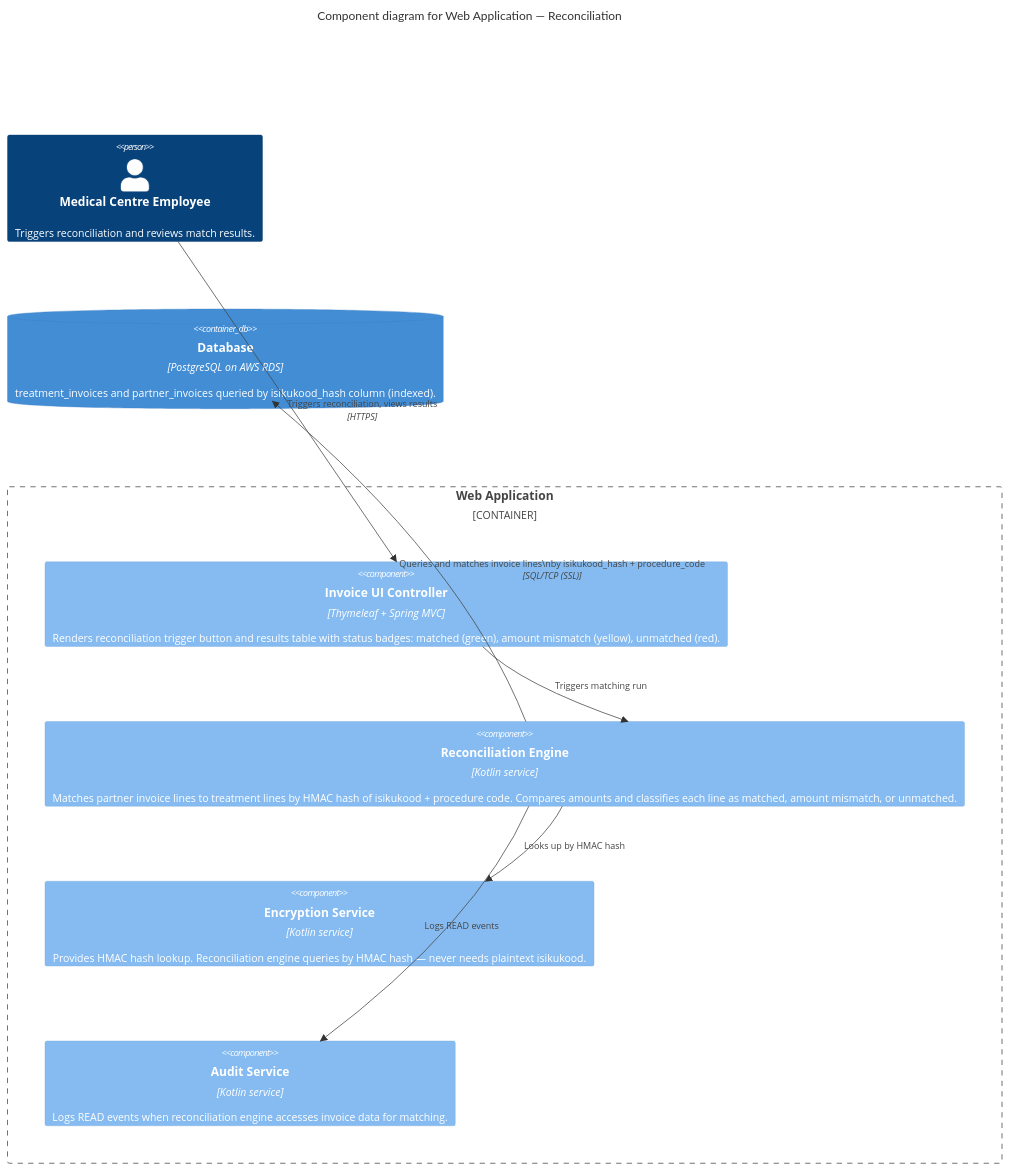
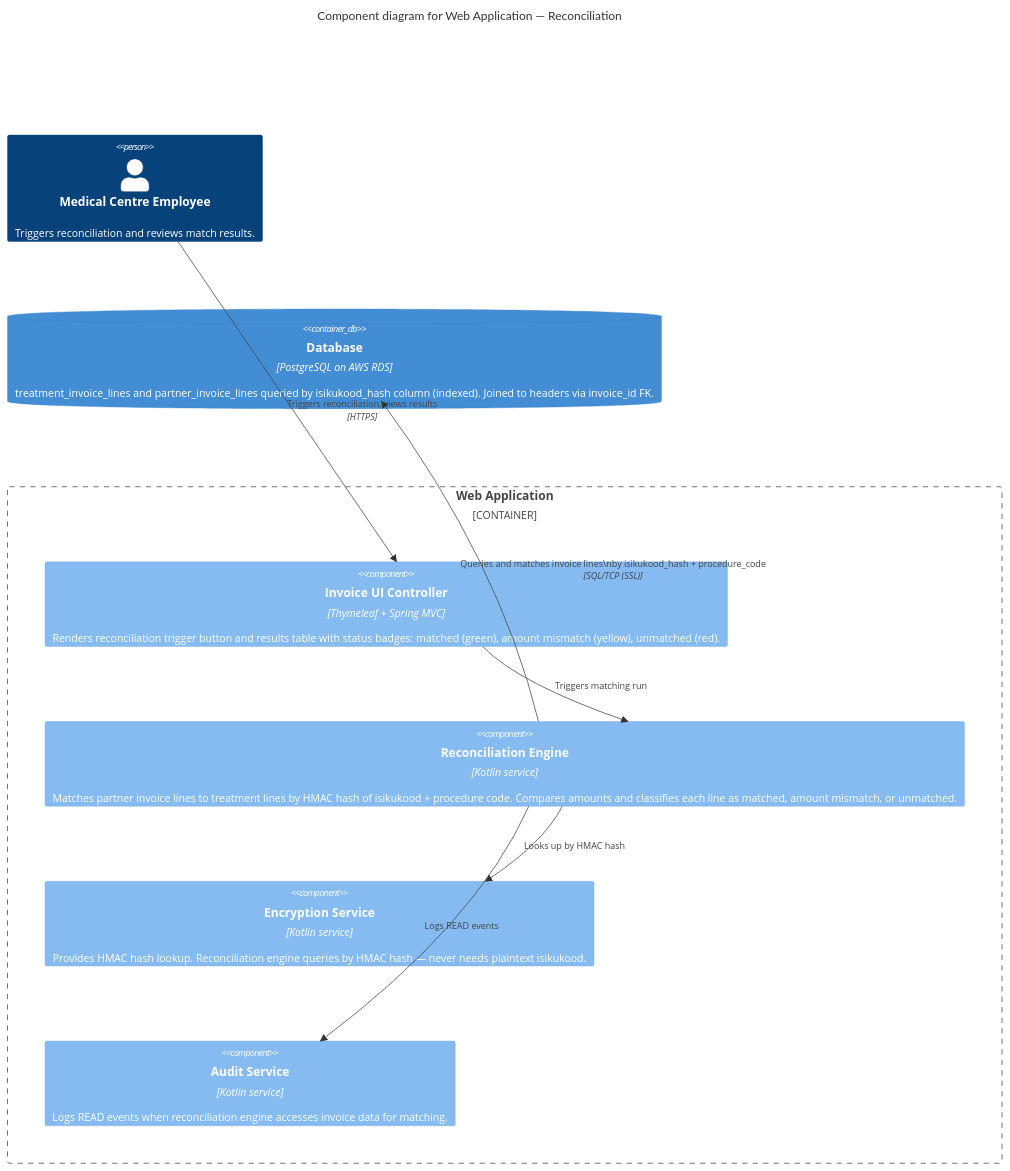
Before and after one commit to JoosepLem/CLAiM: the diagram in proof_of_concept/docs/architecture/diagrams/components/spring-boot-app/reconciliation.md, drawn with Mermaid. The commit also changed 5 other files, not shown here.

Commit message:
Add treatment_invoice_lines and partner_invoice_lines tables for reconciliation engine

````diff
--- a/proof_of_concept/docs/architecture/diagrams/components/spring-boot-app/reconciliation.md
+++ b/proof_of_concept/docs/architecture/diagrams/components/spring-boot-app/reconciliation.md
@@ -1,25 +1,25 @@
 ```mermaid
 %%{init: {'theme': 'base', 'themeVariables': {'lineColor': '#999999'}}}%%
 C4Component
     title Component diagram for Web Application — Reconciliation
 
     Person(employee, "Medical Centre Employee", "Triggers reconciliation and reviews match results.")
 
     Container_Boundary(spring_boot, "Web Application") {
         Component(ui, "Invoice UI Controller", "Thymeleaf + Spring MVC", "Renders reconciliation trigger button and results table with status badges: matched (green), amount mismatch (yellow), unmatched (red).")
 
         Component(recon_engine, "Reconciliation Engine", "Kotlin service", "Matches partner invoice lines to treatment lines by HMAC hash of isikukood + procedure code. Compares amounts and classifies each line as matched, amount mismatch, or unmatched.")
 
         Component(encryption_svc, "Encryption Service", "Kotlin service", "Provides HMAC hash lookup. Reconciliation engine queries by HMAC hash — never needs plaintext isikukood.")
 
         Component(audit_svc, "Audit Service", "Kotlin service", "Logs READ events when reconciliation engine accesses invoice data for matching.")
     }
 
-    ContainerDb(postgres, "Database", "PostgreSQL on AWS RDS", "treatment_invoices and partner_invoices queried by isikukood_hash column (indexed).")
+    ContainerDb(postgres, "Database", "PostgreSQL on AWS RDS", "treatment_invoice_lines and partner_invoice_lines queried by isikukood_hash column (indexed). Joined to headers via invoice_id FK.")
 
     Rel(employee, ui, "Triggers reconciliation, views results", "HTTPS")
     Rel(ui, recon_engine, "Triggers matching run")
     Rel(recon_engine, encryption_svc, "Looks up by HMAC hash")
     Rel(recon_engine, audit_svc, "Logs READ events")
     Rel(recon_engine, postgres, "Queries and matches invoice lines\nby isikukood_hash + procedure_code", "SQL/TCP (SSL)")
 ```
````
